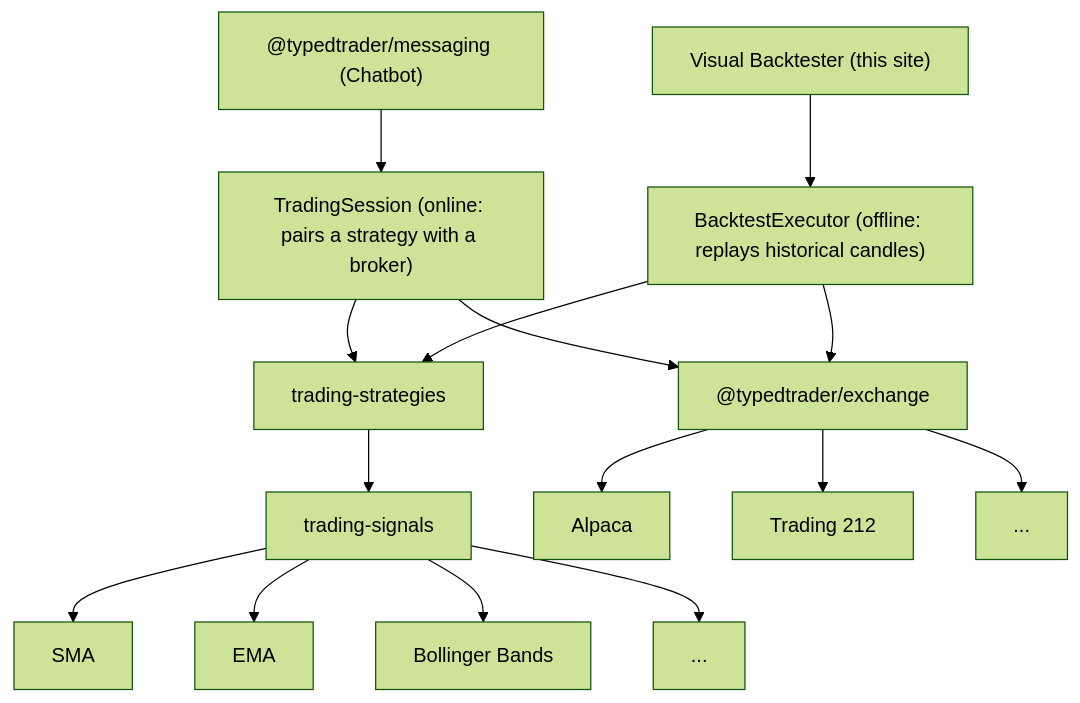
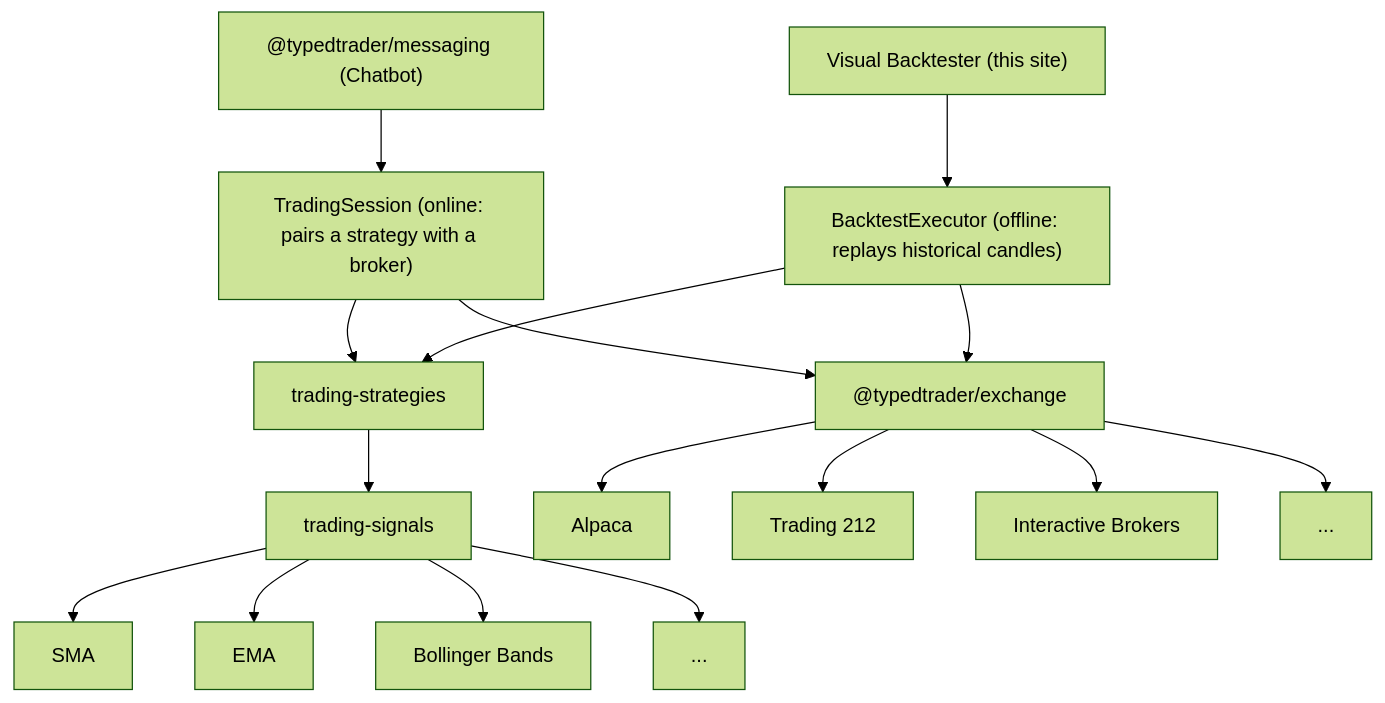
Before and after one commit to bennycode/trading-signals: the diagram in packages/trading-signals-docs/src/pages/index.mdx, drawn with Mermaid (forest theme). The commit also changed other lines of this file and 95 other files, not shown here.

Commit message:
feat(@typedtrader/exchange): add Interactive Brokers and a profitable-exit-price helper (#1480)

````diff
--- a/packages/trading-signals-docs/src/pages/index.mdx
+++ b/packages/trading-signals-docs/src/pages/index.mdx
@@ -15,23 +15,24 @@
 ```mermaid
 graph TD
     messaging["@typedtrader/messaging (Chatbot)"]
 
     messaging --> session["TradingSession (online: pairs a strategy with a broker)"]
     website["Visual Backtester (this site)"] --> backtest["BacktestExecutor (offline: replays historical candles)"]
 
     session --> strategies["trading-strategies"]
     session --> exchange["@typedtrader/exchange"]
     backtest --> strategies
     backtest --> exchange
 
     strategies --> signals["trading-signals"]
 
     signals --> SMA
     signals --> EMA
     signals --> BBANDS["Bollinger Bands"]
     signals --> more["..."]
 
     exchange --> Alpaca
     exchange --> T212["Trading 212"]
+    exchange --> IBKR["Interactive Brokers"]
     exchange --> more-exchanges["..."]
 ```
````
